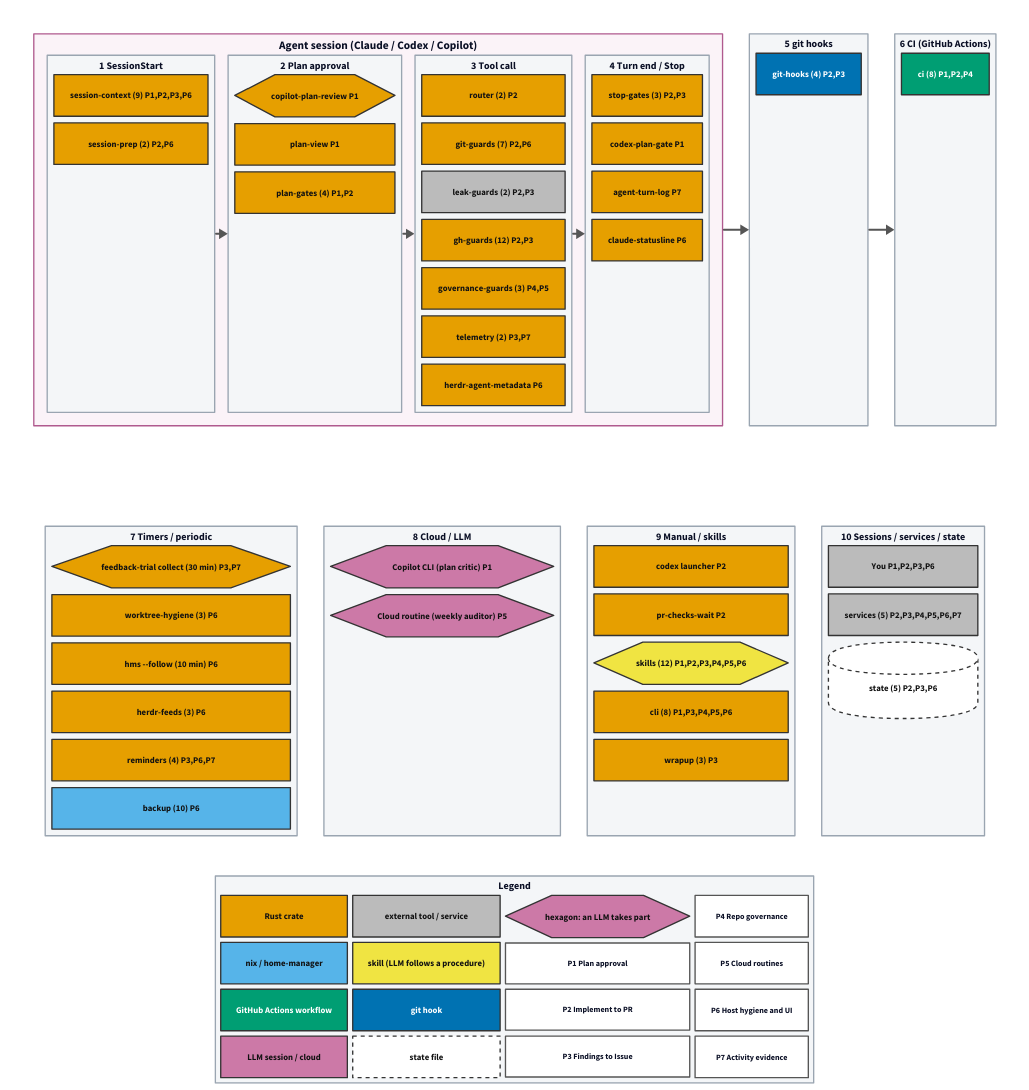
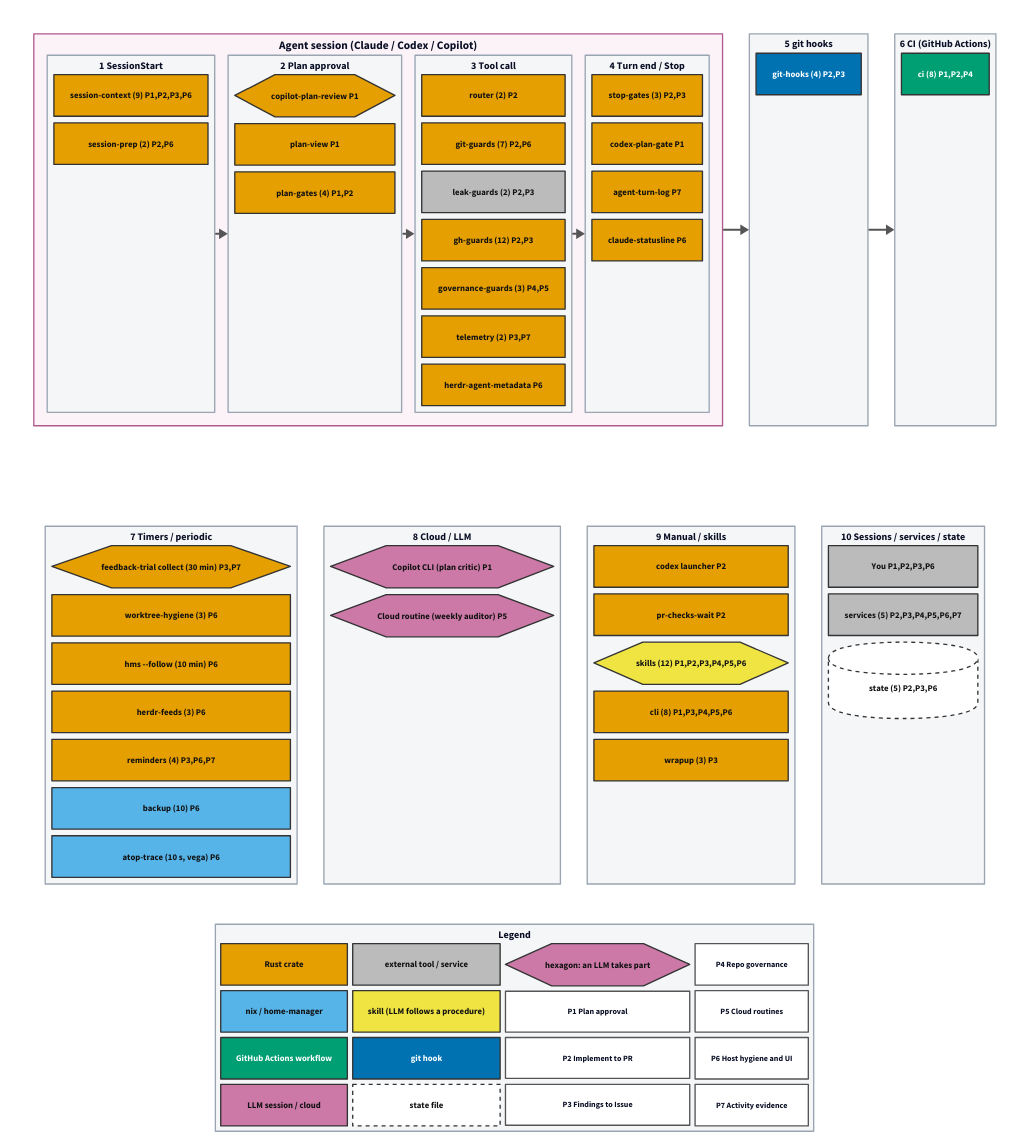
Before and after one commit to tarotene/dotfiles: the diagram in docs/assets/pipeline-map/overview.d2, drawn with D2. The commit also changed 9 other files, not shown here.

Commit message:
feat(atop-trace): CachyOS への移行を保留する ADR と、固まりの記録(2026-10-28 午後 段4) (#1237)

```diff
--- a/docs/assets/pipeline-map/overview.d2
+++ b/docs/assets/pipeline-map/overview.d2
@@ -289,6 +289,9 @@
     g_backup: "backup (10)  P6" {
       class: s_nix
     }
+    g_atop_trace: "atop-trace (10 s, vega)  P6" {
+      class: s_nix
+    }
   }
   l_cloud: "8  Cloud / LLM" {
     class: lane
```
